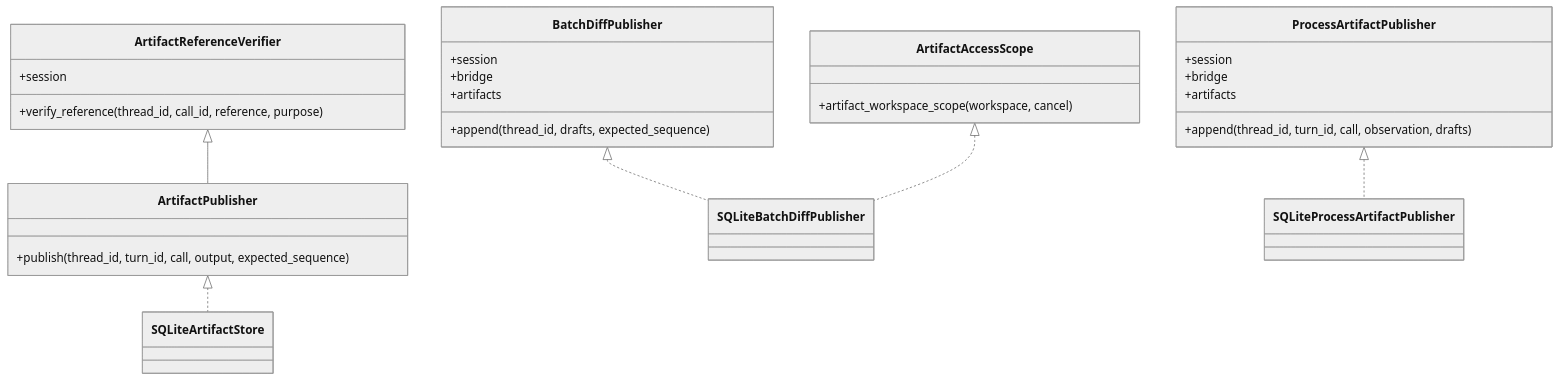
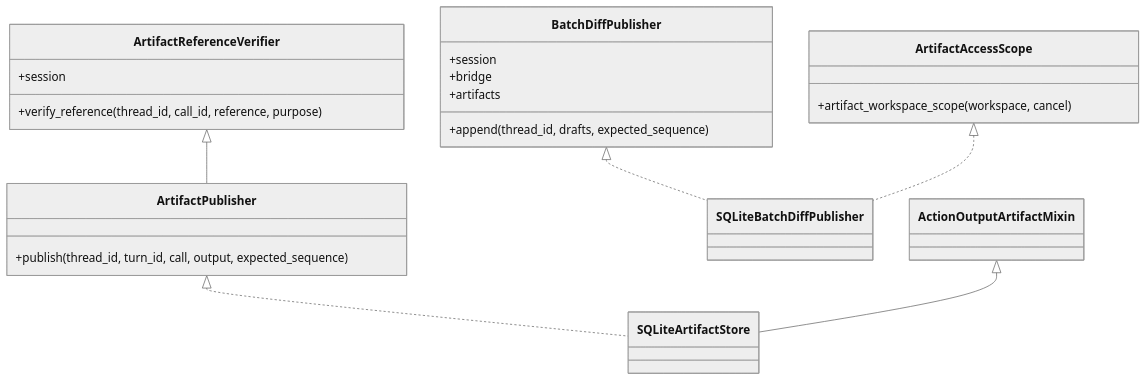
Before and after one commit to carrie1988/Harnessix: the second of 9 diagrams in docs/modules/artifacts.md, drawn with Mermaid (neutral theme). The commit also changed other lines of this file and 121 other files, not shown here.

````diff
--- a/docs/modules/artifacts.md
+++ b/docs/modules/artifacts.md
@@ -199,33 +200,27 @@
 ```mermaid
 classDiagram
     class ArtifactAccessScope {
       +artifact_workspace_scope(workspace, cancel)
     }
     class ArtifactReferenceVerifier {
       +session
       +verify_reference(thread_id, call_id, reference, purpose)
     }
     class ArtifactPublisher {
       +publish(thread_id, turn_id, call, output, expected_sequence)
     }
     class BatchDiffPublisher {
       +session
       +bridge
       +artifacts
       +append(thread_id, drafts, expected_sequence)
     }
-    class ProcessArtifactPublisher {
-      +session
-      +bridge
-      +artifacts
-      +append(thread_id, turn_id, call, observation, drafts)
-    }
     class SQLiteArtifactStore
     class SQLiteBatchDiffPublisher
-    class SQLiteProcessArtifactPublisher
+    class ActionOutputArtifactMixin
     ArtifactReferenceVerifier <|-- ArtifactPublisher
     ArtifactPublisher <|.. SQLiteArtifactStore
     BatchDiffPublisher <|.. SQLiteBatchDiffPublisher
-    ProcessArtifactPublisher <|.. SQLiteProcessArtifactPublisher
+    ActionOutputArtifactMixin <|-- SQLiteArtifactStore
     ArtifactAccessScope <|.. SQLiteBatchDiffPublisher
 ```
````
